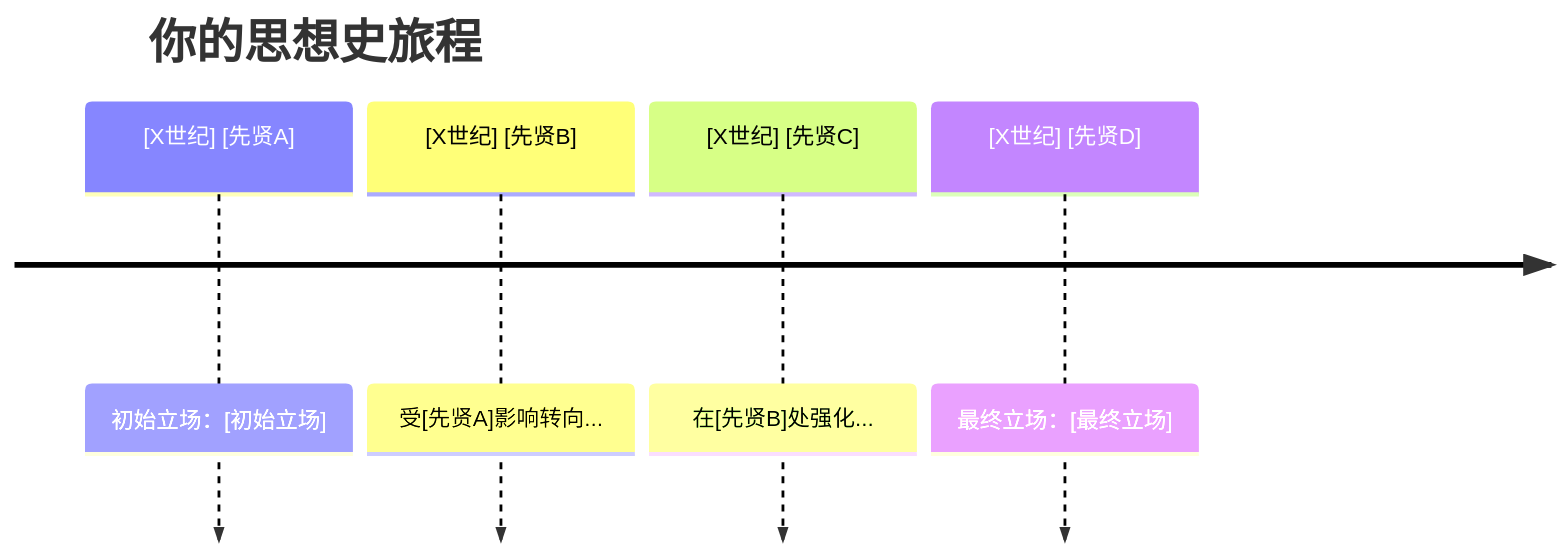
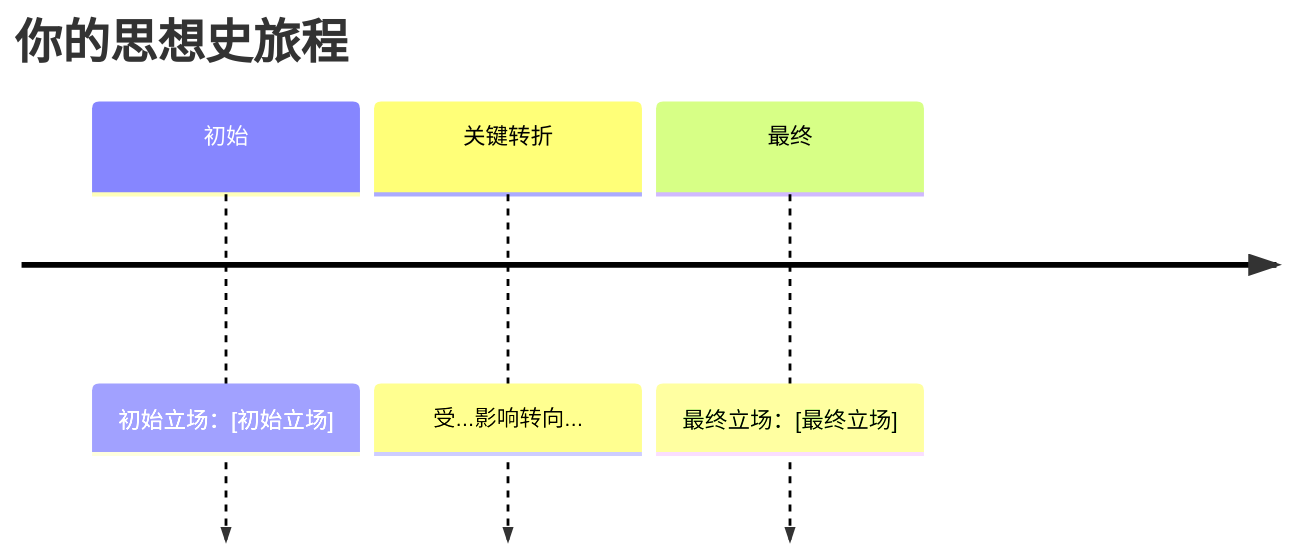
The diagram in references/dialoguer.md (Red-CarpDonkey/claude-code-teaching-skill), drawn with Mermaid before and after one commit. The commit also changed other lines of this file, not shown here.

````diff
--- a/references/dialoguer.md
+++ b/references/dialoguer.md
@@ -246,8 +248,7 @@
 ```mermaid
 timeline
     title 你的思想史旅程
-    [X世纪] [先贤A] : 初始立场：[初始立场]
-    [X世纪] [先贤B] : 受[先贤A]影响转向...
-    [X世纪] [先贤C] : 在[先贤B]处强化...
-    [X世纪] [先贤D] : 最终立场：[最终立场]
+    初始 : 初始立场：[初始立场]
+    关键转折 : 受...影响转向...
+    最终 : 最终立场：[最终立场]
 ```
````
